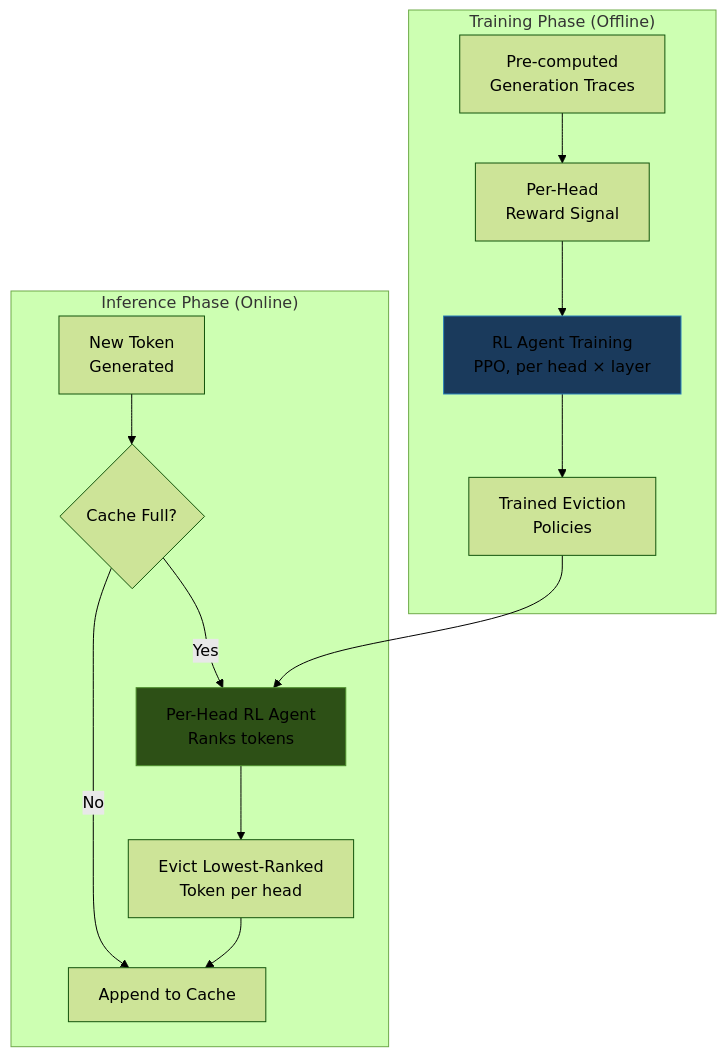
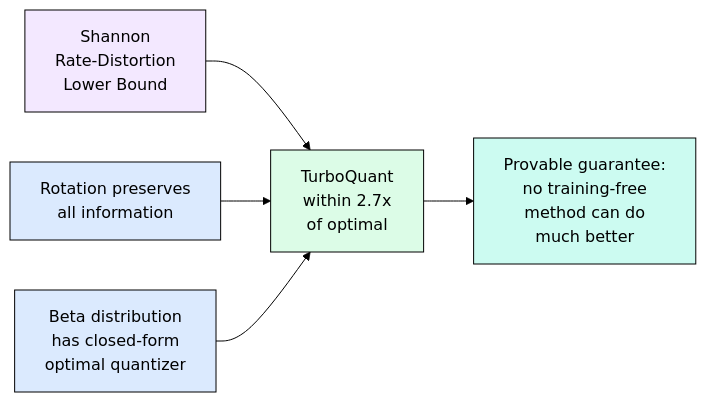
Before and after one commit to harshuljain13/llm-inference-at-scale: the fourth of 4 diagrams in content/05_optimization/04.2_turboquant/turboquant.md, drawn with Mermaid (forest theme). The commit also changed other lines of this file and 89 other files, not shown here.

````diff
--- a/content/05_optimization/04.2_turboquant/turboquant.md
+++ b/content/05_optimization/04.2_turboquant/turboquant.md
@@ -792,21 +96,14 @@
 ```mermaid
-graph TD
-    subgraph "Training Phase (Offline)"
-        A[Pre-computed<br/>Generation Traces] --> B[Per-Head<br/>Reward Signal]
-        B --> C[RL Agent Training<br/>PPO, per head × layer]
-        C --> D[Trained Eviction<br/>Policies]
-    end
+flowchart LR
+    A[Shannon<br/>Rate-Distortion<br/>Lower Bound] --> B[TurboQuant<br/>within 2.7x<br/>of optimal]
+    B --> C[Provable guarantee:<br/>no training-free<br/>method can do<br/>much better]
 
-    subgraph "Inference Phase (Online)"
-        E[New Token<br/>Generated] --> F{Cache Full?}
-        F -->|No| G[Append to Cache]
-        F -->|Yes| H[Per-Head RL Agent<br/>Ranks tokens]
-        H --> I[Evict Lowest-Ranked<br/>Token per head]
-        I --> G
-    end
+    A2[Rotation preserves<br/>all information] --> B
+    A3[Beta distribution<br/>has closed-form<br/>optimal quantizer] --> B
 
-    D --> H
-
-    style C fill:#1a3a5c,stroke:#2980b9
-    style H fill:#2d5016,stroke:#4a8c2a
+    style A fill:#f3e8ff,stroke:#000,color:#000
+    style B fill:#dcfce7,stroke:#000,color:#000
+    style C fill:#ccfbf1,stroke:#000,color:#000
+    style A2 fill:#dbeafe,stroke:#000,color:#000
+    style A3 fill:#dbeafe,stroke:#000,color:#000
 ```
````
